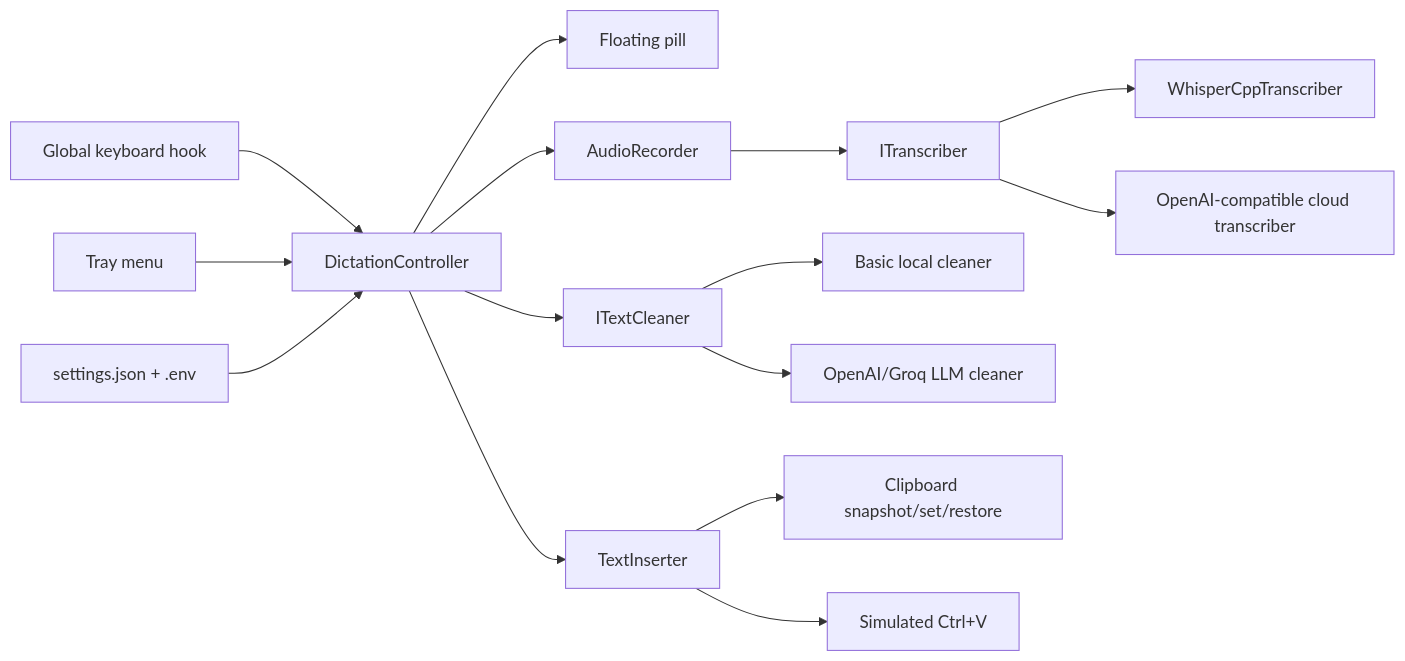
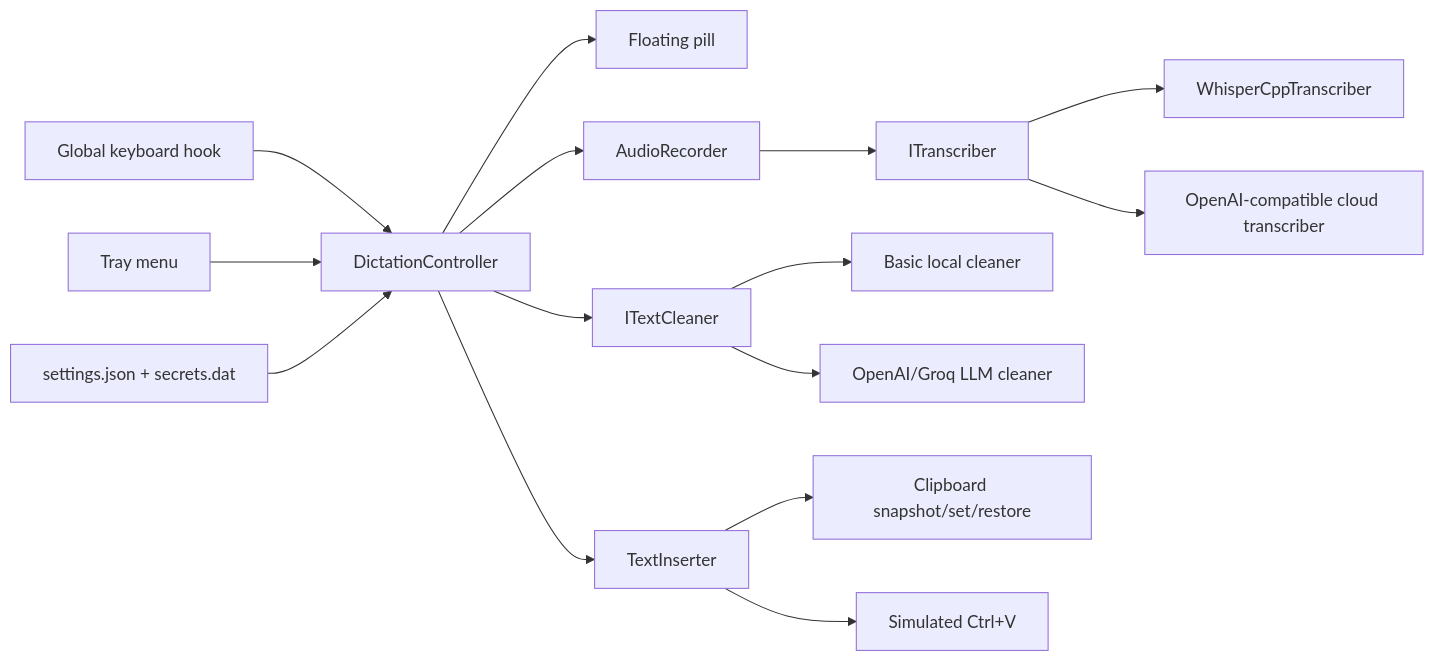
The diagram in windows-ai-dictation-design.md (rogersau/Whispdows), drawn with Mermaid before and after one commit. The commit also changed other lines of this file and 17 other files, not shown here.

````diff
--- a/windows-ai-dictation-design.md
+++ b/windows-ai-dictation-design.md
@@ -152,17 +151,17 @@
 ```mermaid
 flowchart LR
     Hook[Global keyboard hook] --> Controller[DictationController]
     Tray[Tray menu] --> Controller
     Controller --> Pill[Floating pill]
     Controller --> Recorder[AudioRecorder]
     Recorder --> Transcriber[ITranscriber]
     Transcriber --> Local[WhisperCppTranscriber]
     Transcriber --> Cloud[OpenAI-compatible cloud transcriber]
     Controller --> Cleaner[ITextCleaner]
     Cleaner --> Basic[Basic local cleaner]
     Cleaner --> LLM[OpenAI/Groq LLM cleaner]
     Controller --> Inserter[TextInserter]
     Inserter --> Clipboard[Clipboard snapshot/set/restore]
     Inserter --> SendInput[Simulated Ctrl+V]
-    Settings[settings.json + .env] --> Controller
+    Settings[settings.json + secrets.dat] --> Controller
 ```
````
